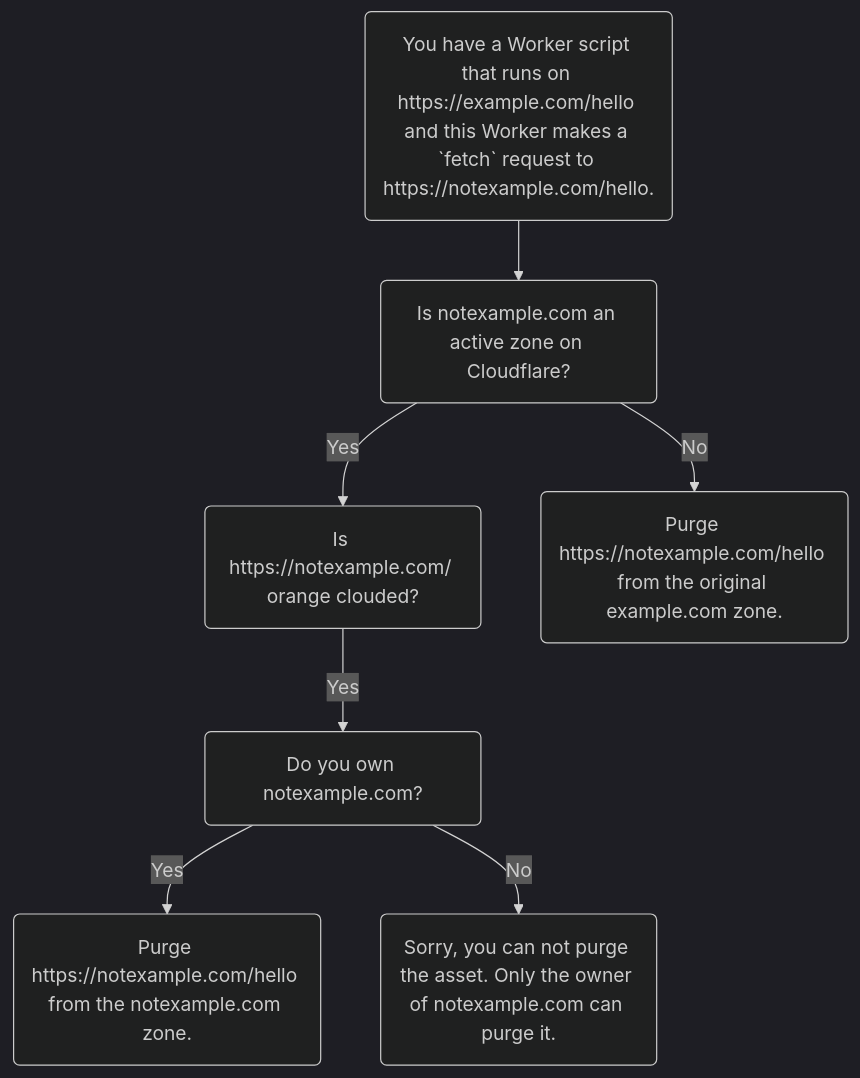
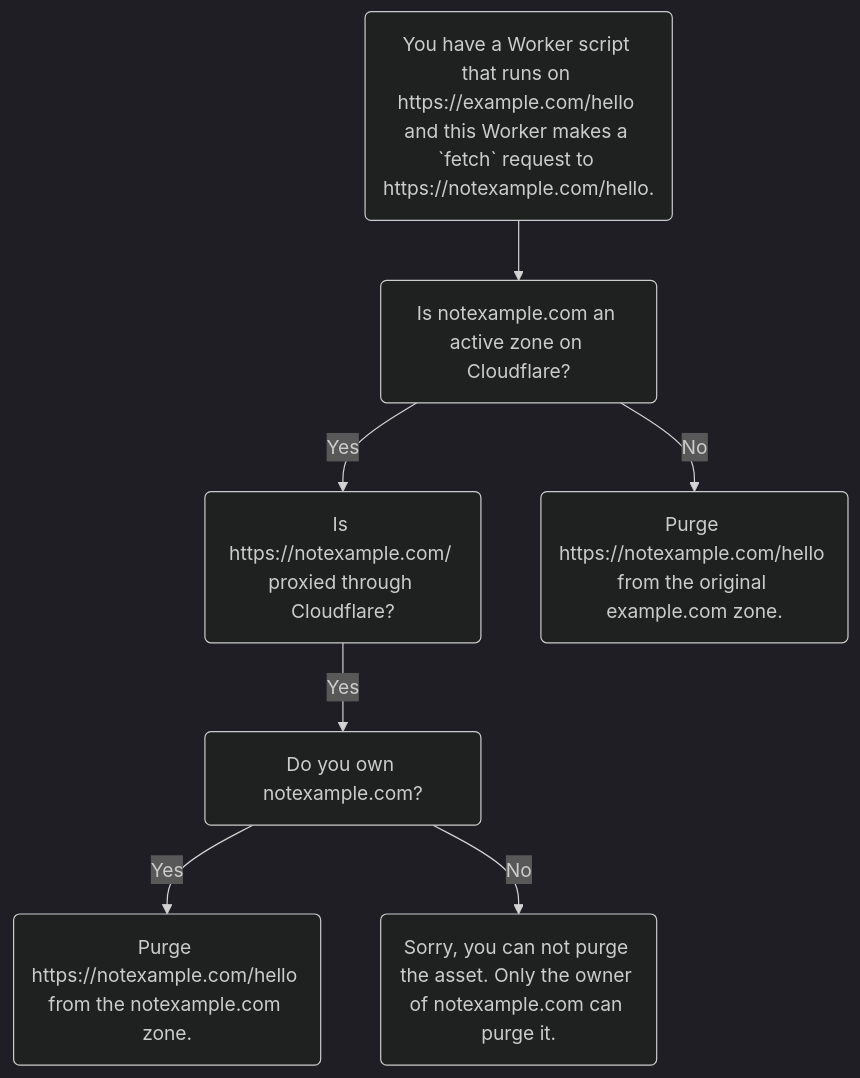
One commit to cloudflare/cloudflare-docs changed the diagram in content/workers/learning/how-the-cache-works.md. Above: the diagram before and after it, drawn with Mermaid (dark theme).

```diff
--- a/content/workers/learning/how-the-cache-works.md
+++ b/content/workers/learning/how-the-cache-works.md
@@ -45,11 +45,11 @@
 <div class="mermaid">
 flowchart TD
 accTitle: Using Purge by URL with workers
 accDescr: This diagram is meant to help choose how to purge a file.
 A("You have a Worker script that runs on https://example.com/hello and this Worker makes a `fetch` request to https://notexample.com/hello.") --> B(Is notexample.com an active zone on Cloudflare?)
-    B -- Yes --> C(Is https://notexample.com/ orange clouded?)
+    B -- Yes --> C(Is https://notexample.com/ proxied through Cloudflare?)
     B -- No  --> D(Purge https://notexample.com/hello from the original example.com zone.)
     C -- Yes --> E(Do you own notexample.com?)
     E -- Yes --> F(Purge https://notexample.com/hello from the notexample.com zone.)
     E -- No --> G(Sorry, you can not purge the asset. Only the owner of notexample.com can purge it.)
 </div>
```
